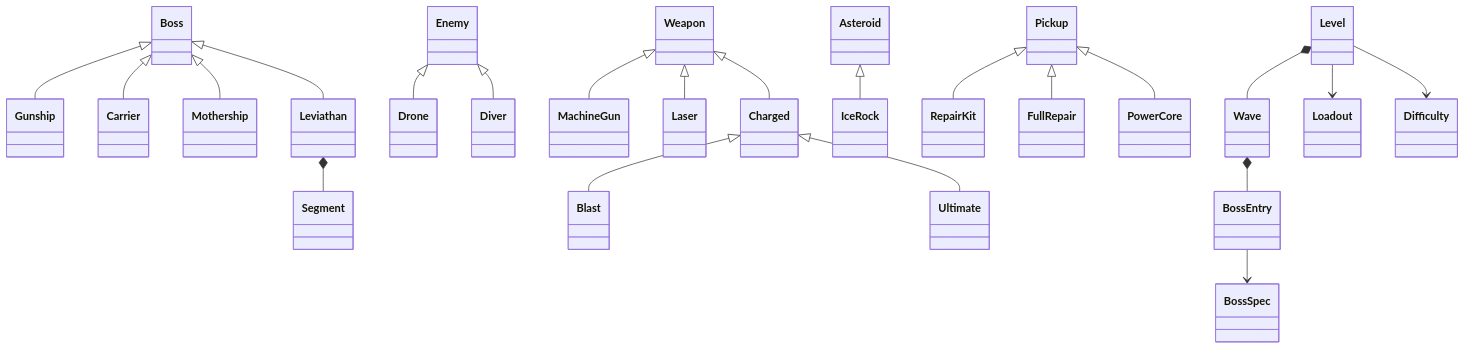
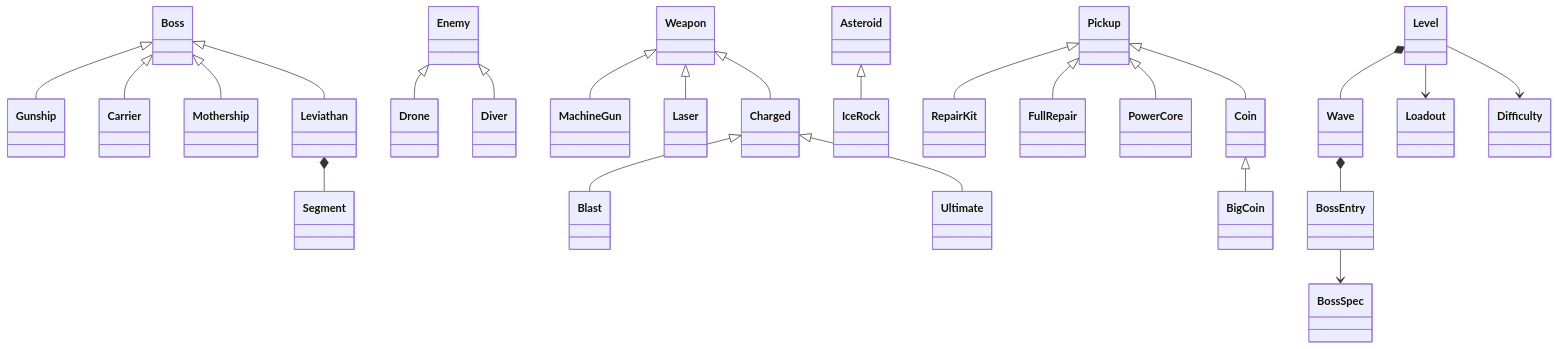
Before and after one commit to Almonder-Zoubi/SpaceShip-Game: the diagram in docs/GUIDE.md, drawn with Mermaid. The commit also changed other lines of this file and 37 other files, not shown here.

````diff
--- a/docs/GUIDE.md
+++ b/docs/GUIDE.md
@@ -126,24 +130,26 @@
 ```mermaid
 classDiagram
     Boss <|-- Gunship
     Boss <|-- Carrier
     Boss <|-- Mothership
     Boss <|-- Leviathan
     Leviathan *-- Segment
     Enemy <|-- Drone
     Enemy <|-- Diver
     Weapon <|-- MachineGun
     Weapon <|-- Laser
     Weapon <|-- Charged
     Charged <|-- Blast
     Charged <|-- Ultimate
     Asteroid <|-- IceRock
     Pickup <|-- RepairKit
     Pickup <|-- FullRepair
     Pickup <|-- PowerCore
+    Pickup <|-- Coin
+    Coin <|-- BigCoin
     Level *-- Wave
     Wave *-- BossEntry
     BossEntry --> BossSpec
     Level --> Loadout
     Level --> Difficulty
 ```
````
